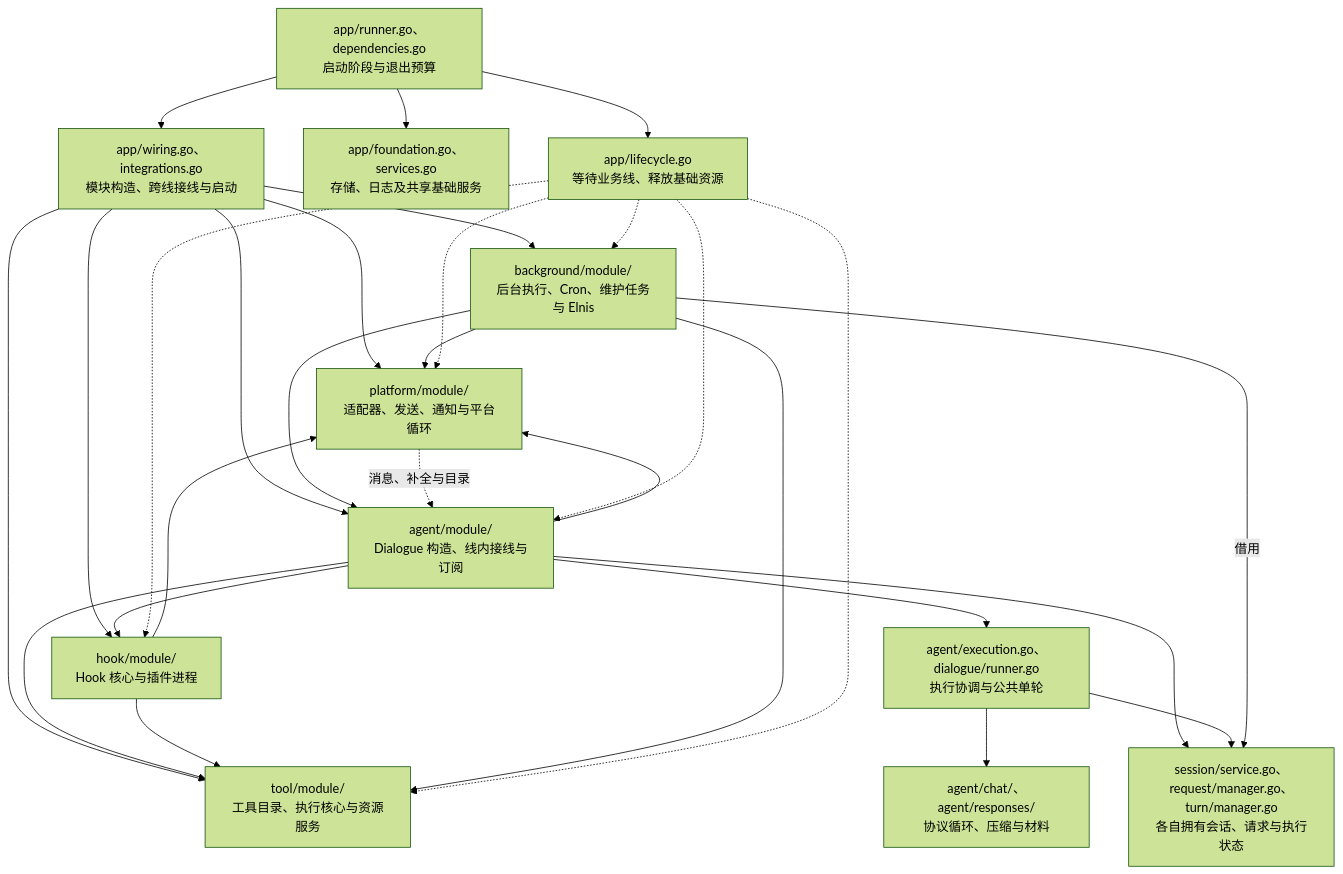
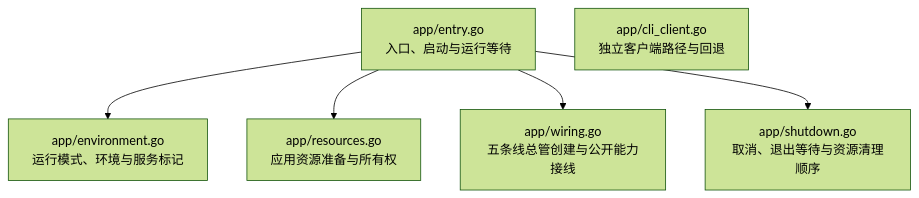
One commit to Elflare/elbot changed the first of 6 diagrams in devdocs/architecture.md. Above: the diagram before and after it, drawn with Mermaid (forest theme). The commit also changed other lines of this file and 35 other files, not shown here.

Commit message:
refactor app: entry.go

````diff
--- a/devdocs/architecture.md
+++ b/devdocs/architecture.md
@@ -24,25 +16,10 @@
 ```mermaid
 flowchart TB
-    A["app/runner.go、dependencies.go<br/>启动阶段与退出预算"]
-    W["app/wiring.go、integrations.go<br/>模块构造、跨线接线与启动"]
-    F["app/foundation.go、services.go<br/>存储、日志及共享基础服务"]
-    L["app/lifecycle.go<br/>等待业务线、释放基础资源"]
-    P["platform/module/<br/>适配器、发送、通知与平台循环"]
-    T["tool/module/<br/>工具目录、执行核心与资源服务"]
-    H["hook/module/<br/>Hook 核心与插件进程"]
-    D["agent/module/<br/>Dialogue 构造、线内接线与订阅"]
-    B["background/module/<br/>后台执行、Cron、维护任务与 Elnis"]
-    E["agent/execution.go、dialogue/runner.go<br/>执行协调与公共单轮"]
-    Q["agent/chat/、agent/responses/<br/>协议循环、压缩与材料"]
-    S["session/service.go、request/manager.go、turn/manager.go<br/>各自拥有会话、请求与执行状态"]
-    A --> F & W & L
-    W --> P & T & H & D & B
-    D --> T & H & P
-    H --> T & P
-    B --> D & T & P
-    D --> E & S
-    E --> Q & S
-    B -->|借用| S
-    P -.->|消息、补全与目录| D
-    L -.-> P & B & D & H & T
+    E["app/entry.go<br/>入口、启动与运行等待"]
+    ENV["app/environment.go<br/>运行模式、环境与服务标记"]
+    R["app/resources.go<br/>应用资源准备与所有权"]
+    W["app/wiring.go<br/>五条线总管创建与公开能力接线"]
+    S["app/shutdown.go<br/>取消、退出等待与资源清理顺序"]
+    C["app/cli_client.go<br/>独立客户端路径与回退"]
+    E --> ENV & R & W & S
 ```
````
